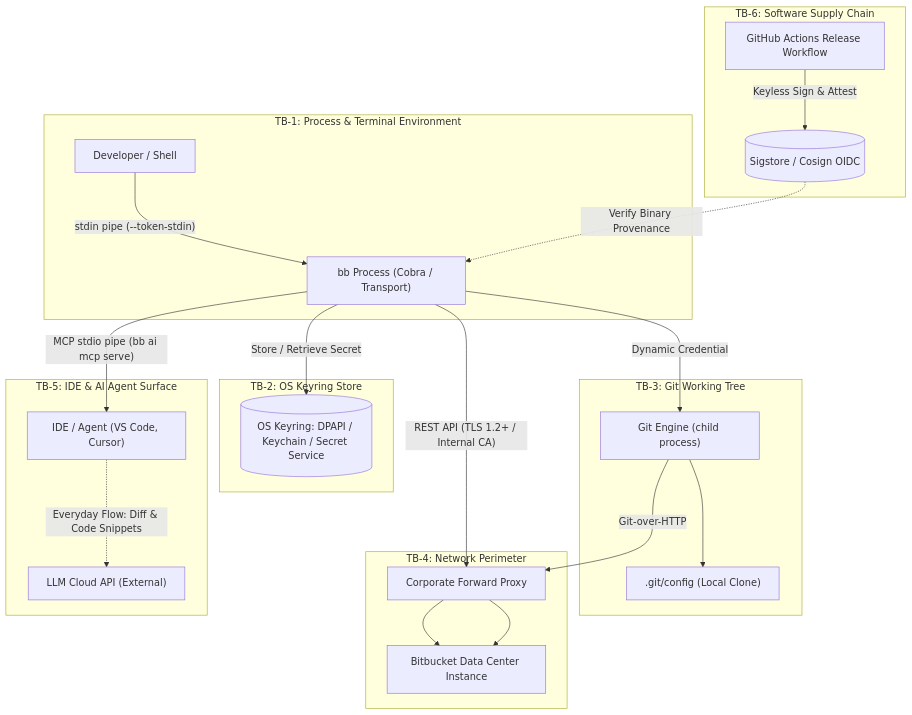
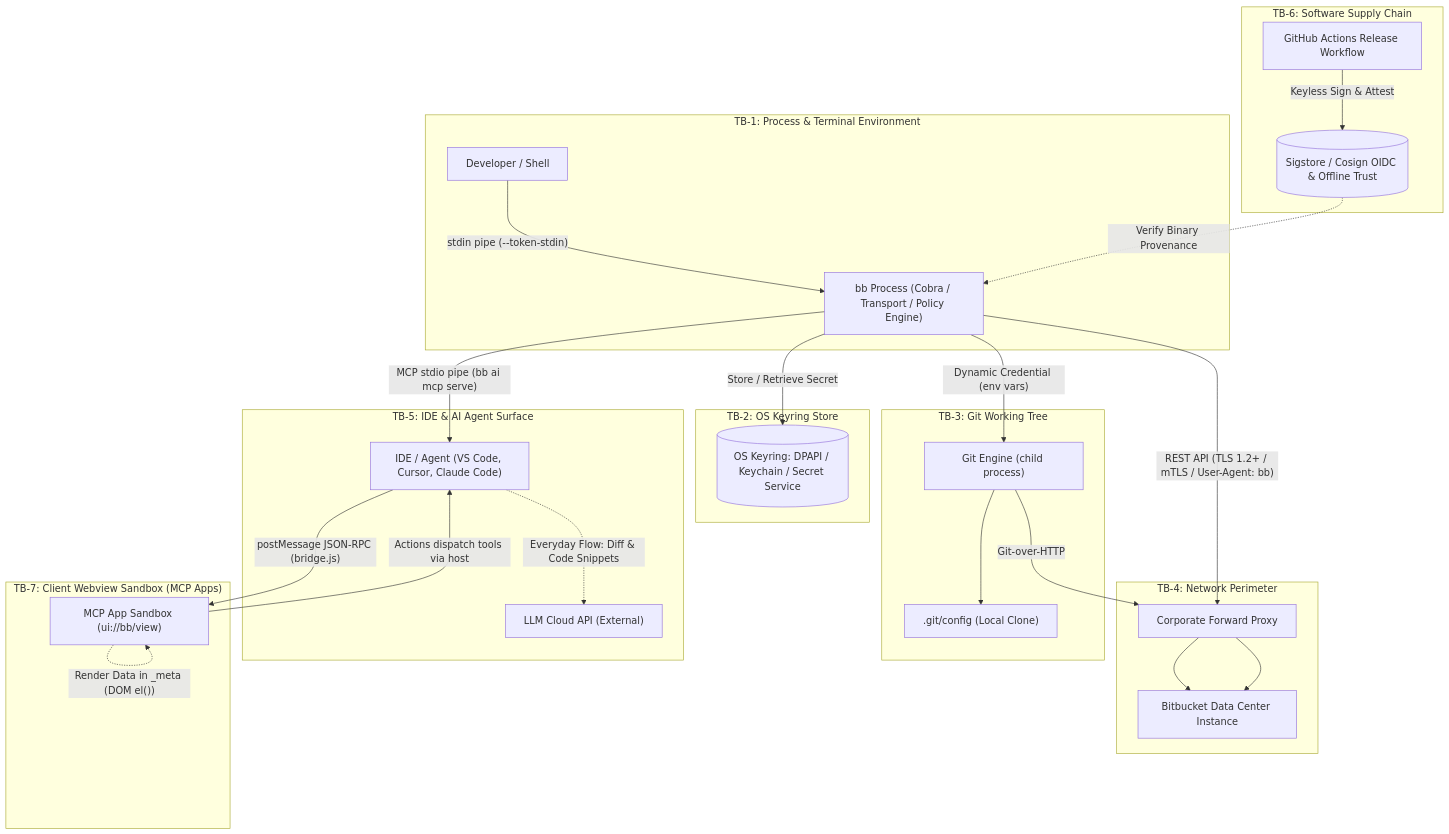
Before and after one commit to vriesdemichael/bitbucket-data-center-cli: the diagram in docs/site/advanced/threat-model.md, drawn with Mermaid. The commit also changed other lines of this file, not shown here.

````diff
--- a/docs/site/advanced/threat-model.md
+++ b/docs/site/advanced/threat-model.md
@@ -69,41 +85,48 @@
 ```mermaid
 flowchart TB
     subgraph TB1["TB-1: Process & Terminal Environment"]
         User["Developer / Shell"]
-        CLI["bb Process (Cobra / Transport)"]
+        CLI["bb Process (Cobra / Transport / Policy Engine)"]
         User -- "stdin pipe (--token-stdin)" --> CLI
     end
 
     subgraph TB2["TB-2: OS Keyring Store"]
         Vault[("OS Keyring: DPAPI / Keychain / Secret Service")]
         CLI -- "Store / Retrieve Secret" --> Vault
     end
 
     subgraph TB3["TB-3: Git Working Tree"]
         GitEngine["Git Engine (child process)"]
         RepoConfig[".git/config (Local Clone)"]
-        CLI -- "Dynamic Credential" --> GitEngine
+        CLI -- "Dynamic Credential (env vars)" --> GitEngine
         GitEngine --> RepoConfig
     end
 
     subgraph TB4["TB-4: Network Perimeter"]
         Proxy["Corporate Forward Proxy"]
         BBServer["Bitbucket Data Center Instance"]
-        CLI -- "REST API (TLS 1.2+ / Internal CA)" --> Proxy --> BBServer
+        CLI -- "REST API (TLS 1.2+ / mTLS / User-Agent: bb)" --> Proxy --> BBServer
         GitEngine -- "Git-over-HTTP" --> Proxy --> BBServer
     end
 
     subgraph TB5["TB-5: IDE & AI Agent Surface"]
-        IDE["IDE / Agent (VS Code, Cursor)"]
+        IDE["IDE / Agent (VS Code, Cursor, Claude Code)"]
         LLMProvider["LLM Cloud API (External)"]
         CLI -- "MCP stdio pipe (bb ai mcp serve)" --> IDE
         IDE -. "Everyday Flow: Diff & Code Snippets" .-> LLMProvider
     end
 
+    subgraph TB7["TB-7: Client Webview Sandbox (MCP Apps)"]
+        Webview["MCP App Sandbox (ui://bb/view)"]
+        IDE -- "postMessage JSON-RPC (bridge.js)" --> Webview
+        Webview -. "Render Data in _meta (DOM el())" .-> Webview
+        Webview -- "Actions dispatch tools via host" --> IDE
+    end
+
     subgraph TB6["TB-6: Software Supply Chain"]
         GHA["GitHub Actions Release Workflow"]
-        Sigstore[("Sigstore / Cosign OIDC")]
+        Sigstore[("Sigstore / Cosign OIDC & Offline Trust")]
         GHA -- "Keyless Sign & Attest" --> Sigstore
         Sigstore -. "Verify Binary Provenance" .-> CLI
     end
 ```
````
